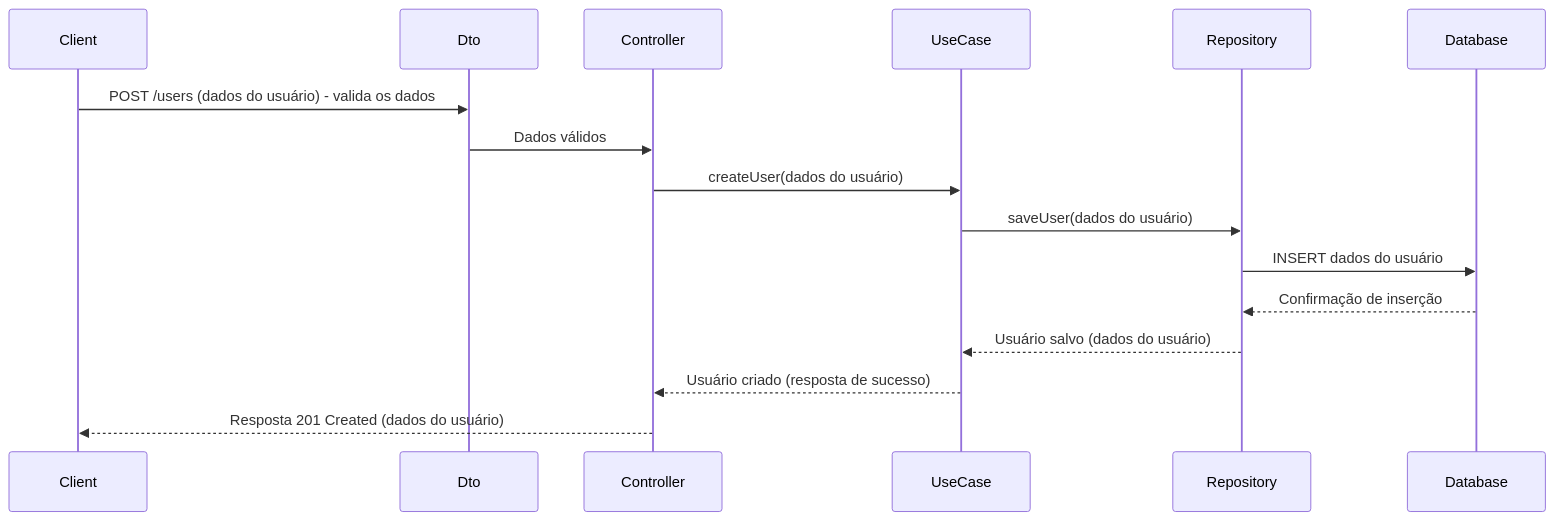
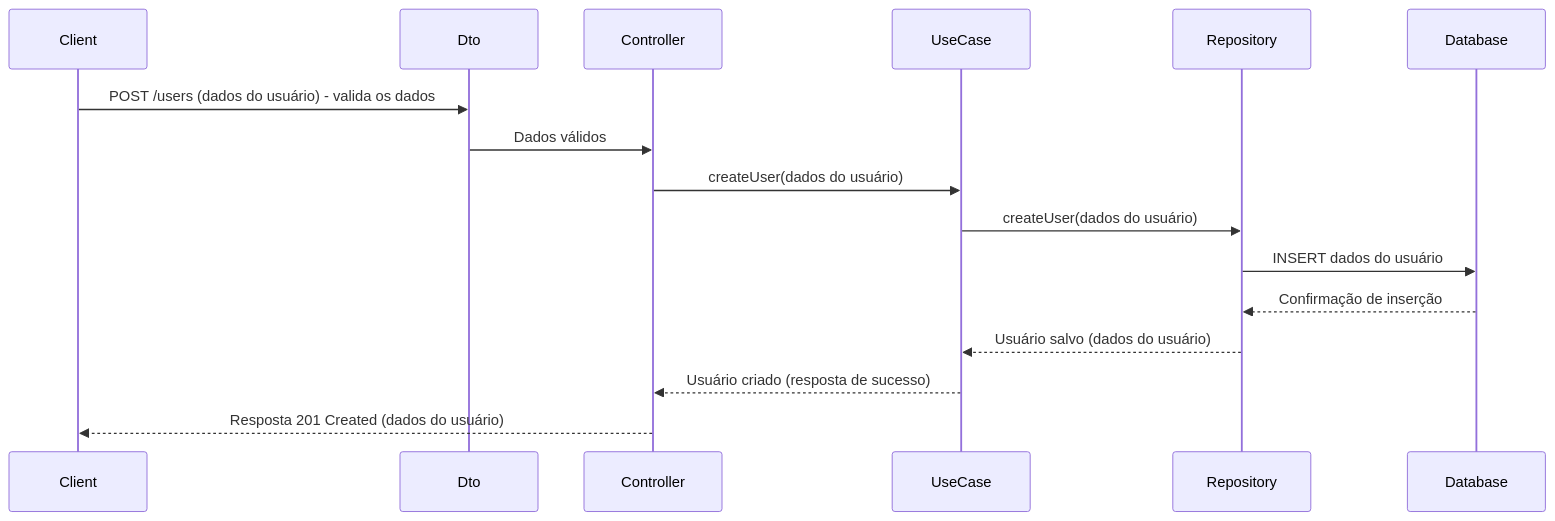
The first of 2 diagrams in README.md (Lab-Escola-de-Danca/lab-users-api), drawn with Mermaid before and after one commit. The commit also changed other lines of this file, not shown here.

Commit message:
docs: add get users diagram, close #1

````diff
--- a/README.md
+++ b/README.md
@@ -3,19 +7,19 @@
 ```mermaid
 sequenceDiagram
     participant Client
     participant Dto
     participant Controller
     participant UseCase
     participant Repository
     participant Database
 
     Client->>Dto: POST /users (dados do usuário) - valida os dados
     Dto->>Controller: Dados válidos
     Controller->>UseCase: createUser(dados do usuário)
-    UseCase->>Repository: saveUser(dados do usuário)
+    UseCase->>Repository: createUser(dados do usuário)
     Repository->>Database: INSERT dados do usuário
     Database-->>Repository: Confirmação de inserção
     Repository-->>UseCase: Usuário salvo (dados do usuário)
     UseCase-->>Controller: Usuário criado (resposta de sucesso)
     Controller-->>Client: Resposta 201 Created (dados do usuário)
 ```
````
